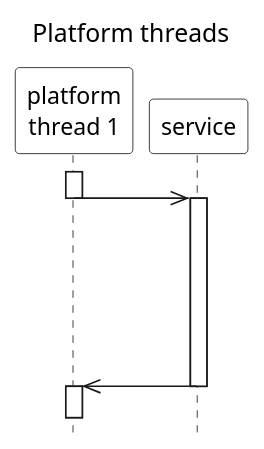
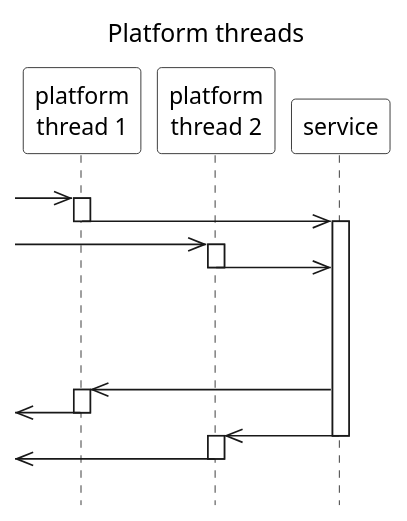
Before and after one commit to ti-cortex-m4/demo-java-virtual-threads2: the diagram in images/platform_threads.puml, drawn with PlantUML.

```diff
--- a/images/platform_threads.puml
+++ b/images/platform_threads.puml
@@ -1,34 +1,51 @@
 @startuml
 
 title Platform threads
 
 scale 1.1
 hide footbox
 skinparam monochrome true
 skinparam defaultFontName Source Sans Pro
 skinparam titleFontSize 15
 skinparam titleFontStyle normal
 skinparam sequenceMessageAlign left
 skinparam participantBackgroundColor #white
 skinparam noteBackgroundColor #white
 skinparam sequenceGroupBackgroundColor #white
 
 participant "platform\nthread 1" as PlatformThread1
-'participant "platform\nthread 2" as PlatformThread2
+participant "platform\nthread 2" as PlatformThread2
 participant "service" as Service
 
 ||10||
+
+->> PlatformThread1
 activate PlatformThread1
 PlatformThread1->>Service
 deactivate PlatformThread1
 activate Service
-||100||
-'activate PlatformThread2
-'PlatformThread2->>Service
+
+->> PlatformThread2
+activate PlatformThread2
+PlatformThread2->>Service
+deactivate PlatformThread2
+'activate Service
+
+||60||
+
 Service->>PlatformThread1
+'deactivate Service
+activate PlatformThread1
+<<- PlatformThread1
+deactivate PlatformThread1
+
+Service->>PlatformThread2
 deactivate Service
-activate PlatformThread1
-'Service->>PlatformThread2
+activate PlatformThread2
+
+<<- PlatformThread2
+deactivate PlatformThread2
+
 ||10||
 
 @enduml
```
